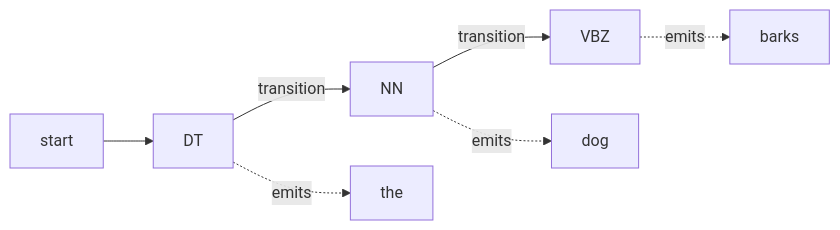
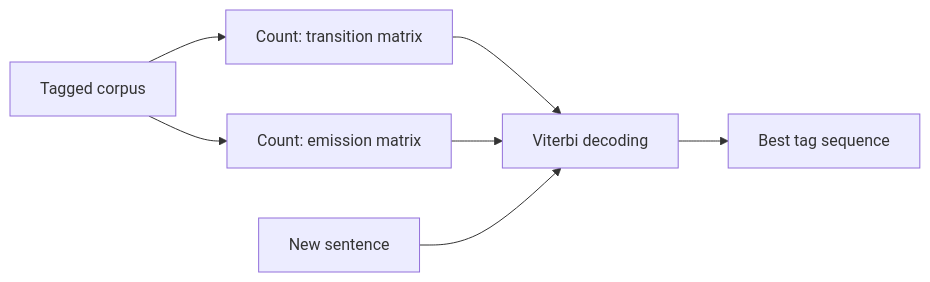
Before and after one commit to TrendySloth1001/sem-seven-notes: the diagram in content/natural-language-processing/pyq/2025-05/q4a.mdx, drawn with Mermaid. The commit also changed other lines of this file and 406 other files, not shown here.

````diff
--- a/content/natural-language-processing/pyq/2025-05/q4a.mdx
+++ b/content/natural-language-processing/pyq/2025-05/q4a.mdx
@@ -26,10 +29,10 @@
 ```mermaid
-%% caption: Tags are hidden states linked by transition probabilities. Each tag emits the word we see, with an emission probability.
+%% caption: HMM tagging: learn two tables by counting, then decode with Viterbi.
 flowchart LR
-  S["start"] --> T1["DT"]
-  T1 -->|"transition"| T2["NN"]
-  T2 -->|"transition"| T3["VBZ"]
-  T1 -.->|"emits"| W1["the"]
-  T2 -.->|"emits"| W2["dog"]
-  T3 -.->|"emits"| W3["barks"]
+  A["Tagged corpus"] --> B["Count: transition matrix"]
+  A --> C["Count: emission matrix"]
+  B --> D["Viterbi decoding"]
+  C --> D
+  E["New sentence"] --> D
+  D --> F["Best tag sequence"]
 ```
````
